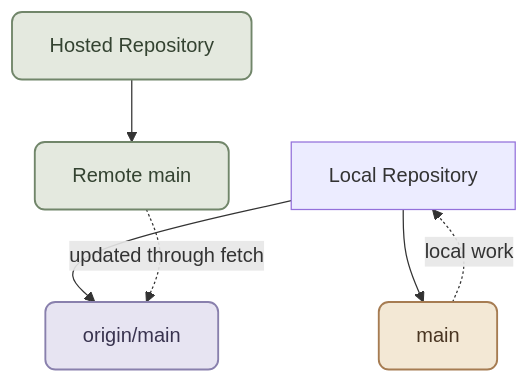
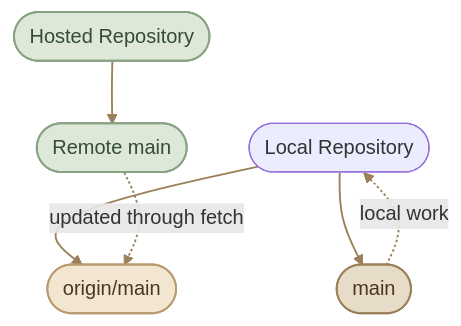
One commit to mustafammasoud/ops-handbook changed the second of 3 diagrams in content/version-control/Git and GitHub/remote-repositories.mdx. Above: the diagram before and after it, drawn with Mermaid. The commit also changed other lines of this file and 17 other files, not shown here.

````diff
--- a/content/version-control/Git and GitHub/remote-repositories.mdx
+++ b/content/version-control/Git and GitHub/remote-repositories.mdx
@@ -188,20 +196,22 @@
 ```mermaid id="s7x2kc"
 flowchart TD
-    LOCAL["Local Repository"]
-    REMOTE["Hosted Repository"]
+    LOCAL(["Local Repository"])
+    REMOTE(["Hosted Repository"])
 
-    LOCAL --> MAIN["main"]
-    LOCAL --> TRACK["origin/main"]
-    REMOTE --> RMAIN["Remote main"]
+    LOCAL --> MAIN(["main"])
+    LOCAL --> TRACK(["origin/main"])
+    REMOTE --> RMAIN(["Remote main"])
 
     MAIN -. "local work" .-> LOCAL
     RMAIN -. "updated through fetch" .-> TRACK
 
-    classDef local fill:#f3e8d5,stroke:#a67c52,color:#493522,stroke-width:1.5px,rx:8,ry:8
-    classDef tracking fill:#e7e4f2,stroke:#8980ad,color:#39334f,stroke-width:1.5px,rx:8,ry:8
-    classDef hosted fill:#e4e9df,stroke:#71866a,color:#344331,stroke-width:1.5px,rx:8,ry:8
+    classDef local fill:#E7DCC8,stroke:#9B8059,color:#493722,stroke-width:1.5px
+    classDef tracking fill:#F3E6D0,stroke:#B99A70,color:#493722,stroke-width:1.5px
+    classDef hosted fill:#DDE8D8,stroke:#8AA184,color:#344B38,stroke-width:1.5px
 
     class MAIN local
     class TRACK tracking
     class REMOTE,RMAIN hosted
+
+    linkStyle default stroke:#9B8059,stroke-width:1.5px
 ```
````
